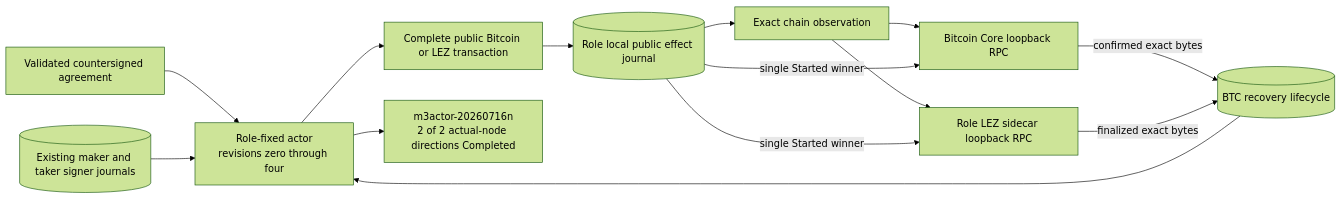
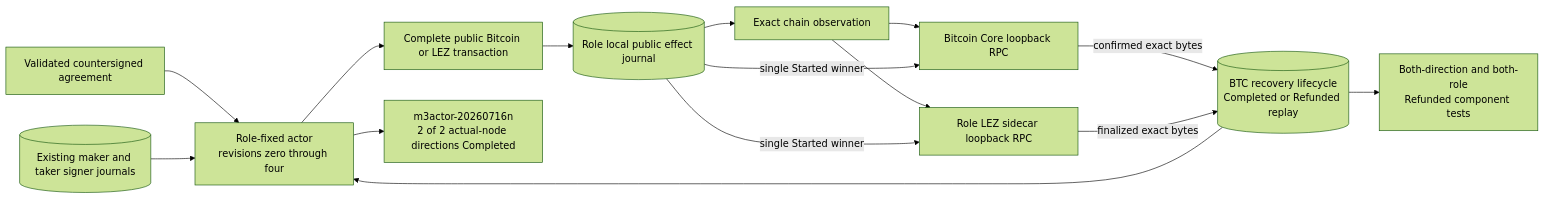
One commit to gateway-fm/lez-atomic-swaps changed diagram 13 of 16 in docs/architecture/system-architecture.md. Above: the diagram before and after it, drawn with Mermaid (forest theme). The commit also changed other lines of this file and 7 other files, not shown here.

````diff
--- a/docs/architecture/system-architecture.md
+++ b/docs/architecture/system-architecture.md
@@ -1271,27 +1271,29 @@
 ```mermaid
 flowchart LR
     Agreement["Validated countersigned agreement"]
     Signers[("Existing maker and taker signer journals")]
     Actor["Role-fixed actor<br/>revisions zero through four"]
     Prepared["Complete public Bitcoin or LEZ transaction"]
     Effects[("Role local public effect journal")]
     Observe["Exact chain observation"]
     Core["Bitcoin Core loopback RPC"]
     Sidecar["Role LEZ sidecar loopback RPC"]
-    Lifecycle[("BTC recovery lifecycle")]
+    Lifecycle[("BTC recovery lifecycle<br/>Completed or Refunded replay")]
+    RefundStore["Both-direction and both-role<br/>Refunded component tests"]
     Evidence["m3actor-20260716n<br/>2 of 2 actual-node directions Completed"]
 
     Agreement --> Actor
     Signers --> Actor
     Actor --> Prepared
     Prepared --> Effects
     Effects --> Observe
     Observe --> Core
     Observe --> Sidecar
     Effects -->|"single Started winner"| Core
     Effects -->|"single Started winner"| Sidecar
     Core -->|"confirmed exact bytes"| Lifecycle
     Sidecar -->|"finalized exact bytes"| Lifecycle
     Lifecycle --> Actor
+    Lifecycle --> RefundStore
     Actor --> Evidence
 ```
````
